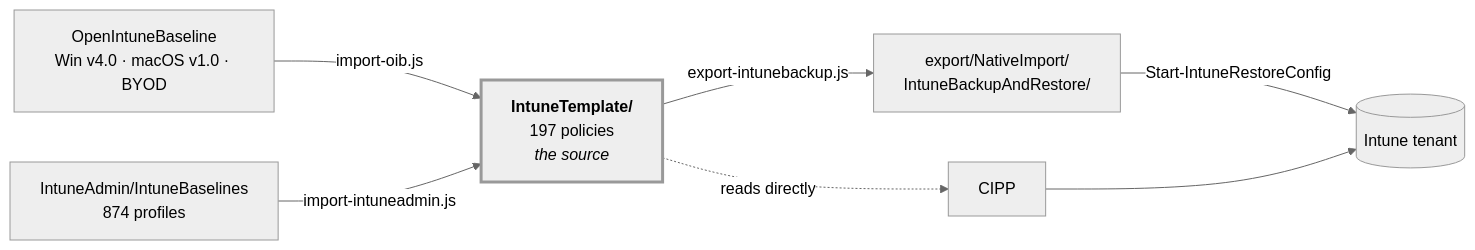
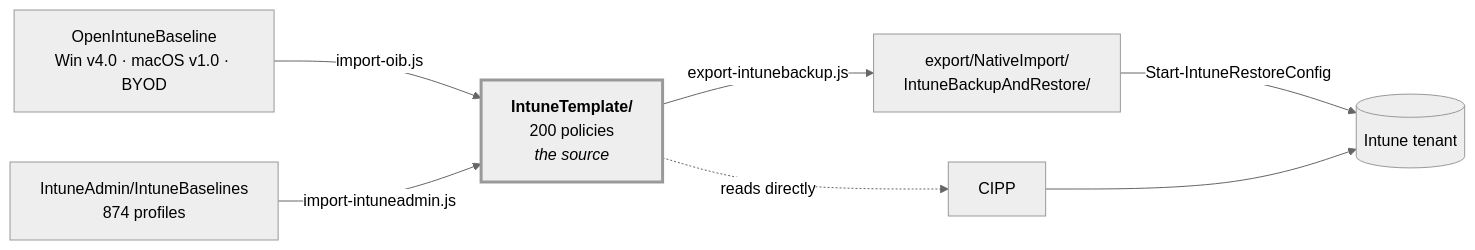
Before and after one commit to sjkanon/IntuneBackup: the diagram in README.en.md, drawn with Mermaid (neutral theme). The commit also changed other lines of this file and 63 other files, not shown here.

````diff
--- a/README.en.md
+++ b/README.en.md
@@ -20,17 +20,17 @@
 ```mermaid
 flowchart LR
   OIB["OpenIntuneBaseline<br/>Win v4.0 · macOS v1.0 · BYOD"]
-  T["<b>IntuneTemplate/</b><br/>197 policies<br/><i>the source</i>"]
+  T["<b>IntuneTemplate/</b><br/>200 policies<br/><i>the source</i>"]
   EX["export/NativeImport/<br/>IntuneBackupAndRestore/"]
   TENANT[("Intune tenant")]
 
   OIB -->|import-oib.js| T
   T -->|export-intunebackup.js| EX
   T -.->|reads directly| CIPP[CIPP]
   EX -->|Start-IntuneRestoreConfig| TENANT
   CIPP --> TENANT
 
   IA["IntuneAdmin/IntuneBaselines<br/>874 profiles"] -->|import-intuneadmin.js| T
 
   style T stroke-width:3px
 ```
````
